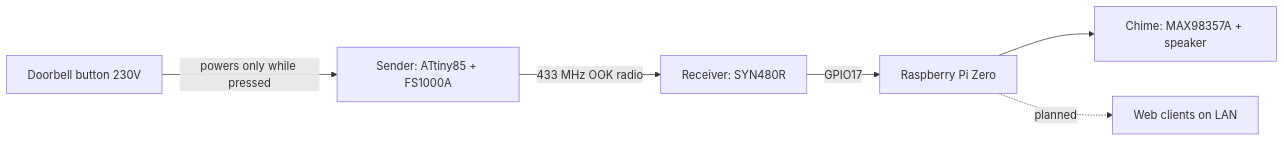
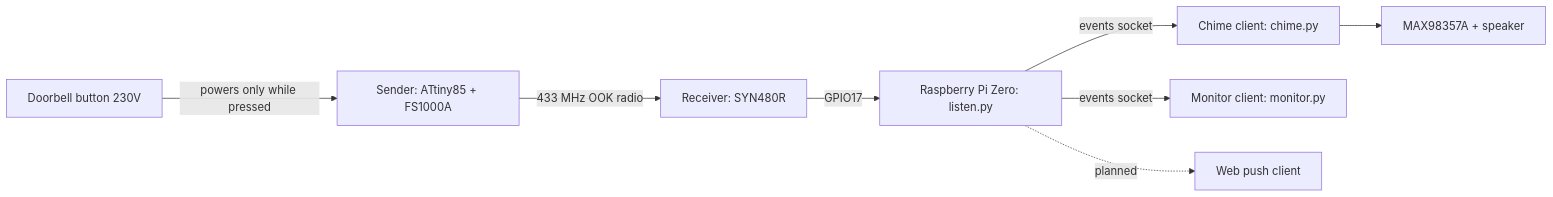
Before and after one commit to erykpiast/doorbell: the diagram in README.md, drawn with Mermaid. The commit also changed other lines of this file and 14 other files, not shown here.

````diff
--- a/README.md
+++ b/README.md
@@ -13,8 +14,10 @@
 ```mermaid
 flowchart LR
   btn[Doorbell button 230V] -->|powers only while pressed| sender[Sender: ATtiny85 + FS1000A]
   sender -->|433 MHz OOK radio| rx[Receiver: SYN480R]
-  rx -->|GPIO17| pi[Raspberry Pi Zero]
-  pi --> chime[Chime: MAX98357A + speaker]
-  pi -.->|planned| clients[Web clients on LAN]
+  rx -->|GPIO17| pi[Raspberry Pi Zero: listen.py]
+  pi -->|events socket| chime[Chime client: chime.py]
+  chime --> amp[MAX98357A + speaker]
+  pi -->|events socket| monitor[Monitor client: monitor.py]
+  pi -.->|planned| push[Web push client]
 ```
````
